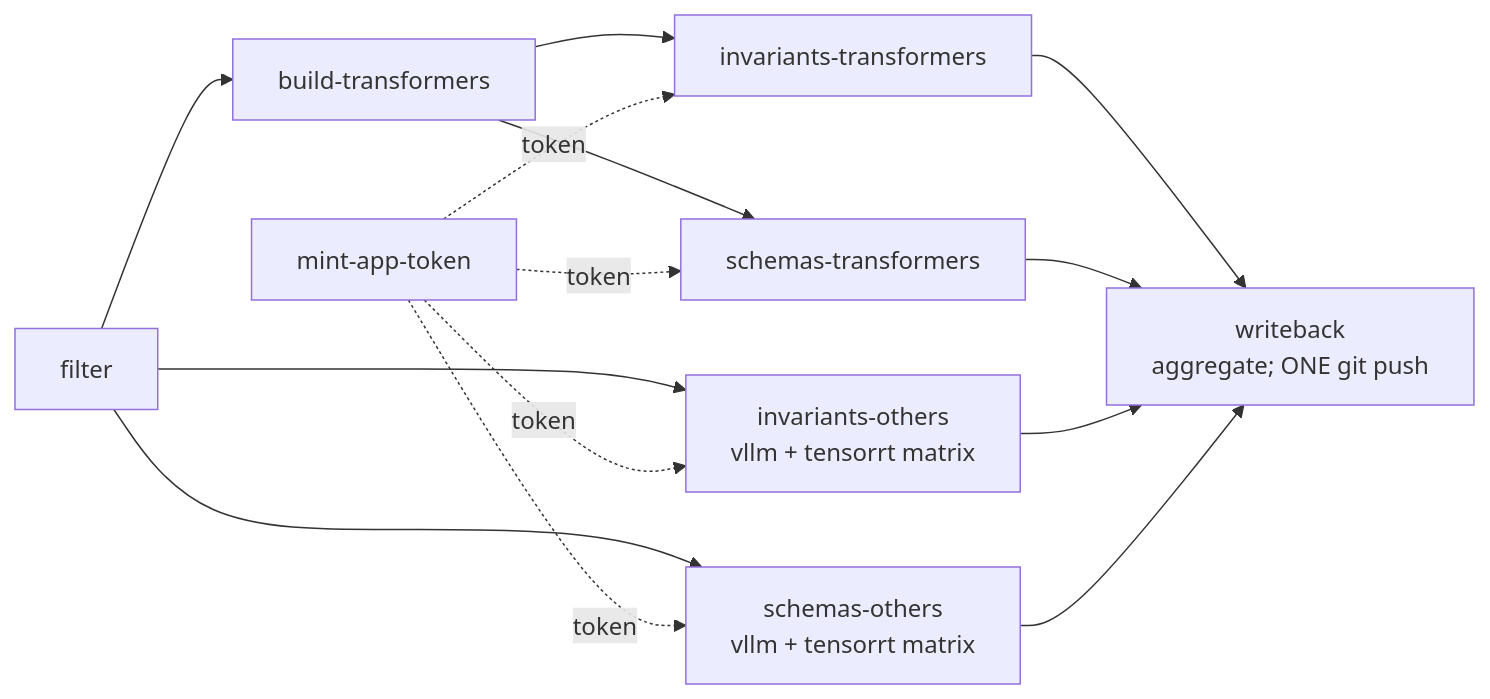
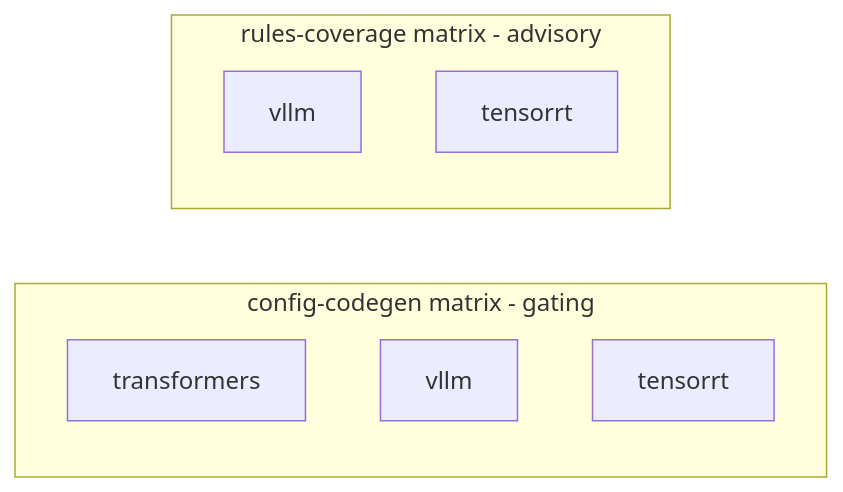
One commit to henrycgbaker/LLenergyMeasure changed the diagram in docs/explanation/architecture/ci-architecture.md. Above: the diagram before and after it, drawn with Mermaid. The commit also changed other lines of this file and 10 other files, not shown here.

````diff
--- a/docs/explanation/architecture/ci-architecture.md
+++ b/docs/explanation/architecture/ci-architecture.md
@@ -32,24 +37,12 @@
 ```mermaid
 flowchart LR
-    filter[filter]
-    token[mint-app-token]
-    build[build-transformers]
-    inv_tf[invariants-transformers]
-    sch_tf[schemas-transformers]
-    inv_other[invariants-others<br/>vllm + tensorrt matrix]
-    sch_other[schemas-others<br/>vllm + tensorrt matrix]
-    writeback[writeback<br/>aggregate; ONE git push]
-
-    filter --> build --> inv_tf
-    build --> sch_tf
-    filter --> inv_other
-    filter --> sch_other
-    token -.token.-> inv_tf
-    token -.token.-> sch_tf
-    token -.token.-> inv_other
-    token -.token.-> sch_other
-    inv_tf --> writeback
-    sch_tf --> writeback
-    inv_other --> writeback
-    sch_other --> writeback
+    subgraph config-codegen [config-codegen matrix - gating]
+        cc_tf[transformers]
+        cc_vllm[vllm]
+        cc_trt[tensorrt]
+    end
+    subgraph rules-coverage [rules-coverage matrix - advisory]
+        rc_vllm[vllm]
+        rc_trt[tensorrt]
+    end
 ```
````
